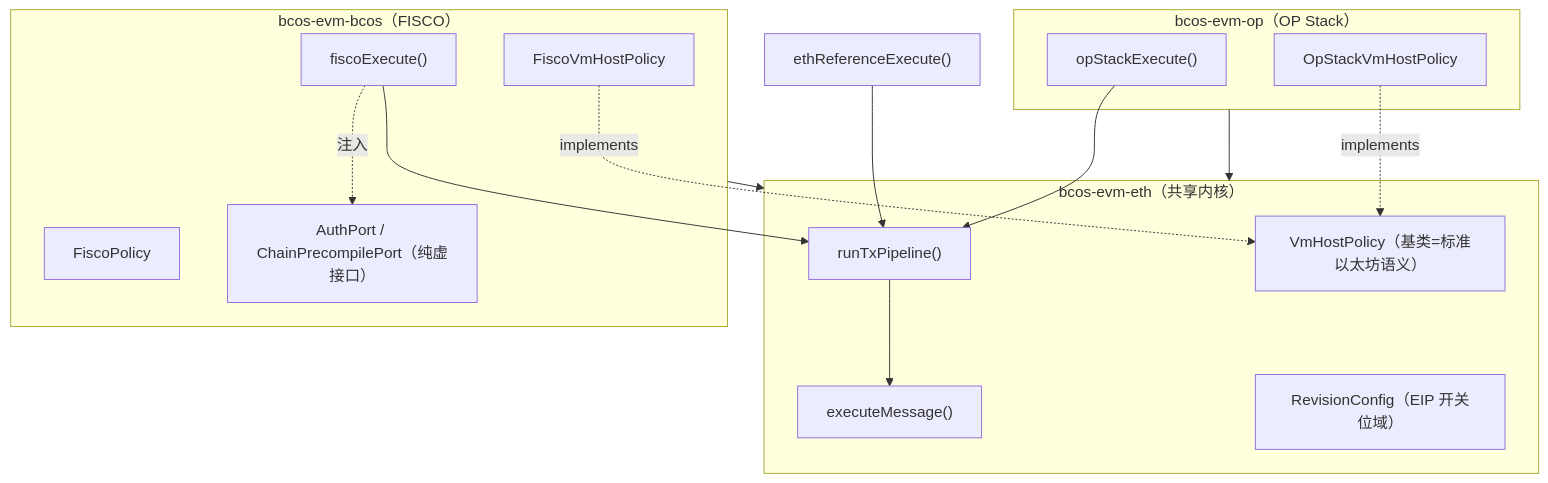
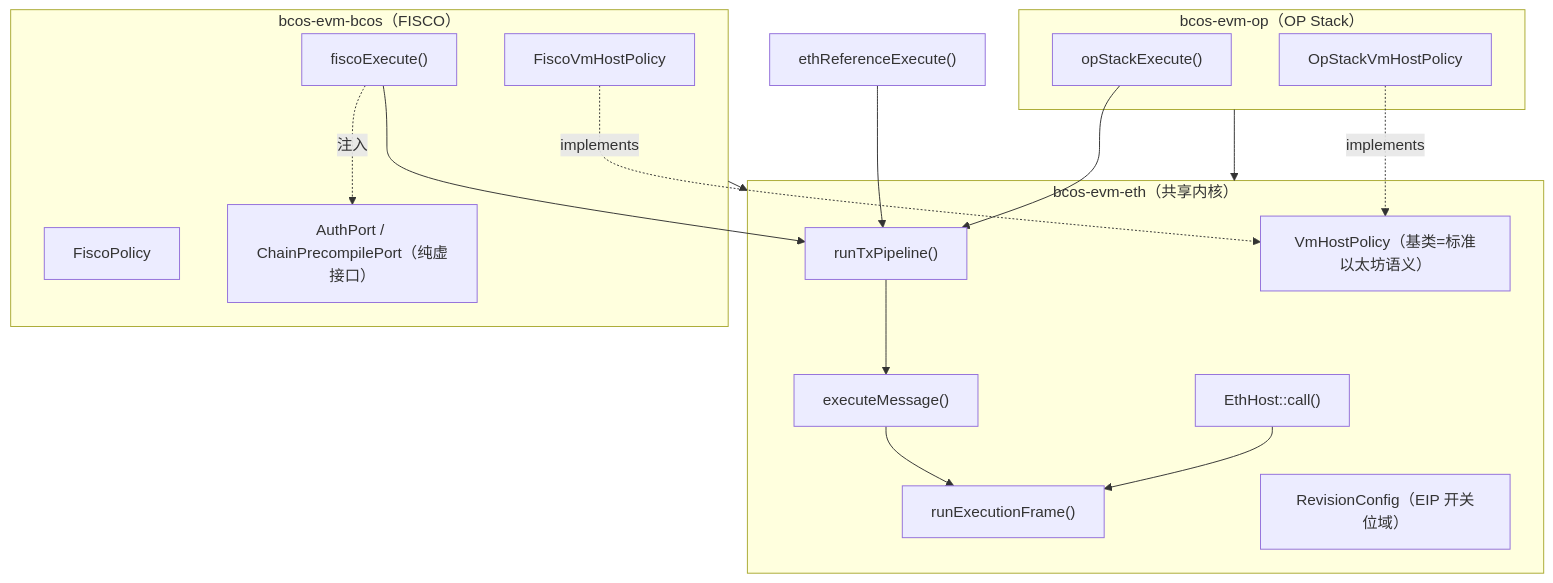
The diagram in bcos-evm/docs/architecture-overview.md (ywy2090/FISCO-BCOS), drawn with Mermaid before and after one commit. The commit also changed other lines of this file, not shown here.

Commit message:
docs(bcos-evm): Document ExecutionFrame unified frame layer in architecture overview

````diff
--- a/bcos-evm/docs/architecture-overview.md
+++ b/bcos-evm/docs/architecture-overview.md
@@ -36,28 +36,32 @@
 ```mermaid
 graph TD
     subgraph kernel["bcos-evm-eth（共享内核）"]
         RO["runTxPipeline()"]
+        EF["runExecutionFrame()"]
         EM["executeMessage()"]
+        EH["EthHost::call()"]
         VHP["VmHostPolicy（基类=标准以太坊语义）"]
         RC["RevisionConfig（EIP 开关位域）"]
     end
     subgraph bcos["bcos-evm-bcos（FISCO）"]
         FEB["fiscoExecute()"]
         FVP["FiscoVmHostPolicy"]
         FP["FiscoPolicy"]
         PORTS["AuthPort / ChainPrecompilePort（纯虚接口）"]
     end
     subgraph op["bcos-evm-op（OP Stack）"]
         OEB["opStackExecute()"]
         OVP["OpStackVmHostPolicy"]
     end
     ETH["ethReferenceExecute()"] --> RO
     FEB --> RO
     OEB --> RO
     RO --> EM
+    EM --> EF
+    EH --> EF
     FVP -.implements.-> VHP
     OVP -.implements.-> VHP
     FEB -. 注入 .-> PORTS
     bcos --> kernel
     op --> kernel
 ```
````
